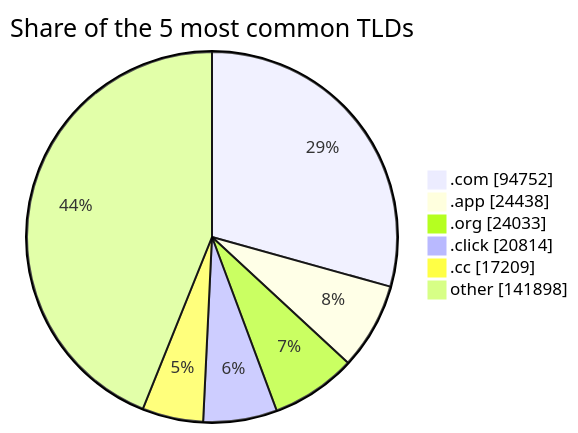
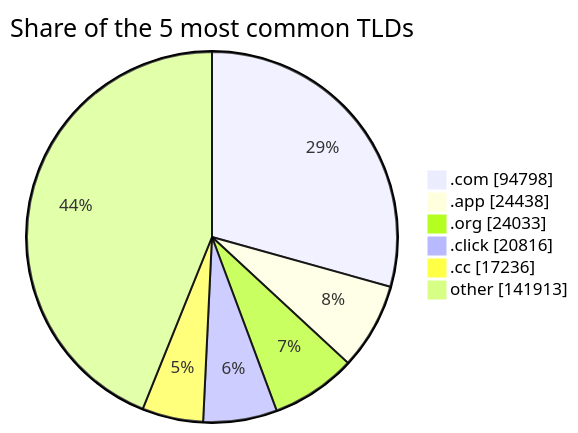
One commit to DNSBunker/CTI changed the third of 3 diagrams in README.md. Above: the diagram before and after it, drawn with Mermaid. The commit also changed other lines of this file and 4 other files, not shown here.

````diff
--- a/README.md
+++ b/README.md
@@ -81,9 +81,9 @@
 ```mermaid
 pie showData title Share of the 5 most common TLDs
-    ".com" : 94752
+    ".com" : 94798
     ".app" : 24438
     ".org" : 24033
-    ".click" : 20814
-    ".cc" : 17209
-    "other" : 141898
+    ".click" : 20816
+    ".cc" : 17236
+    "other" : 141913
 ```
````
